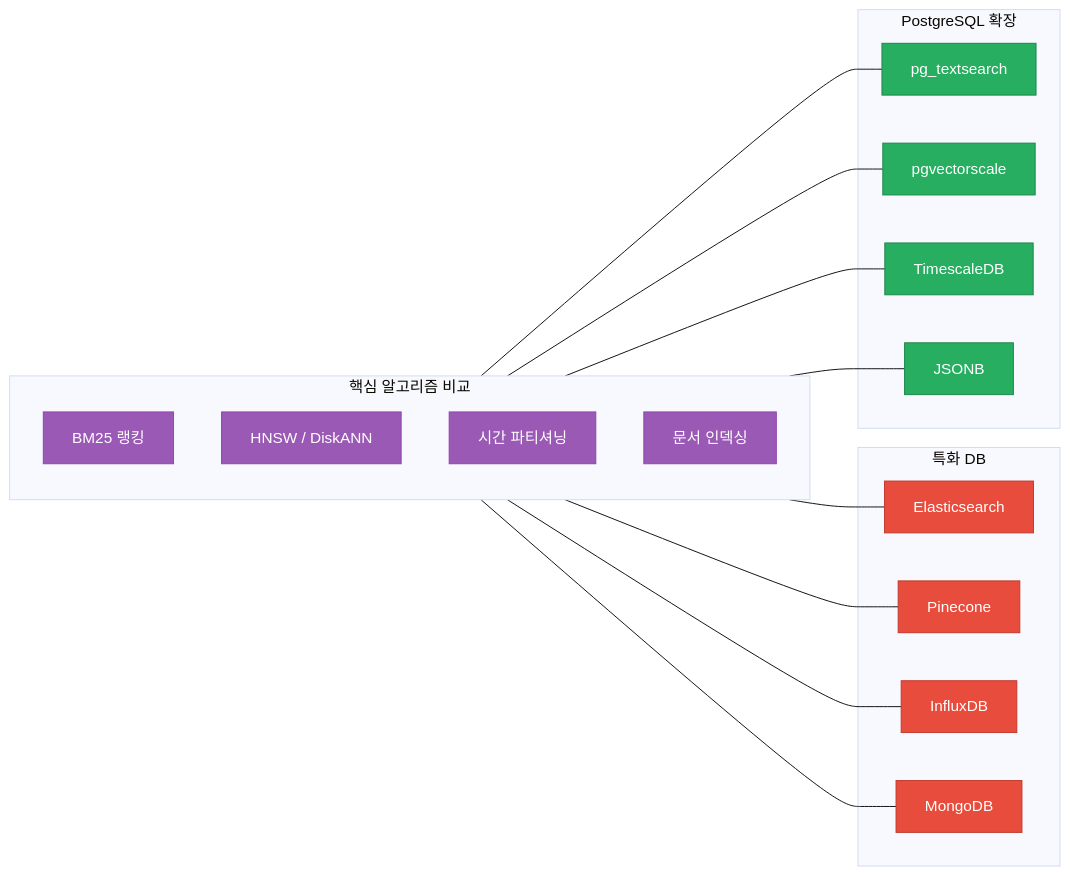
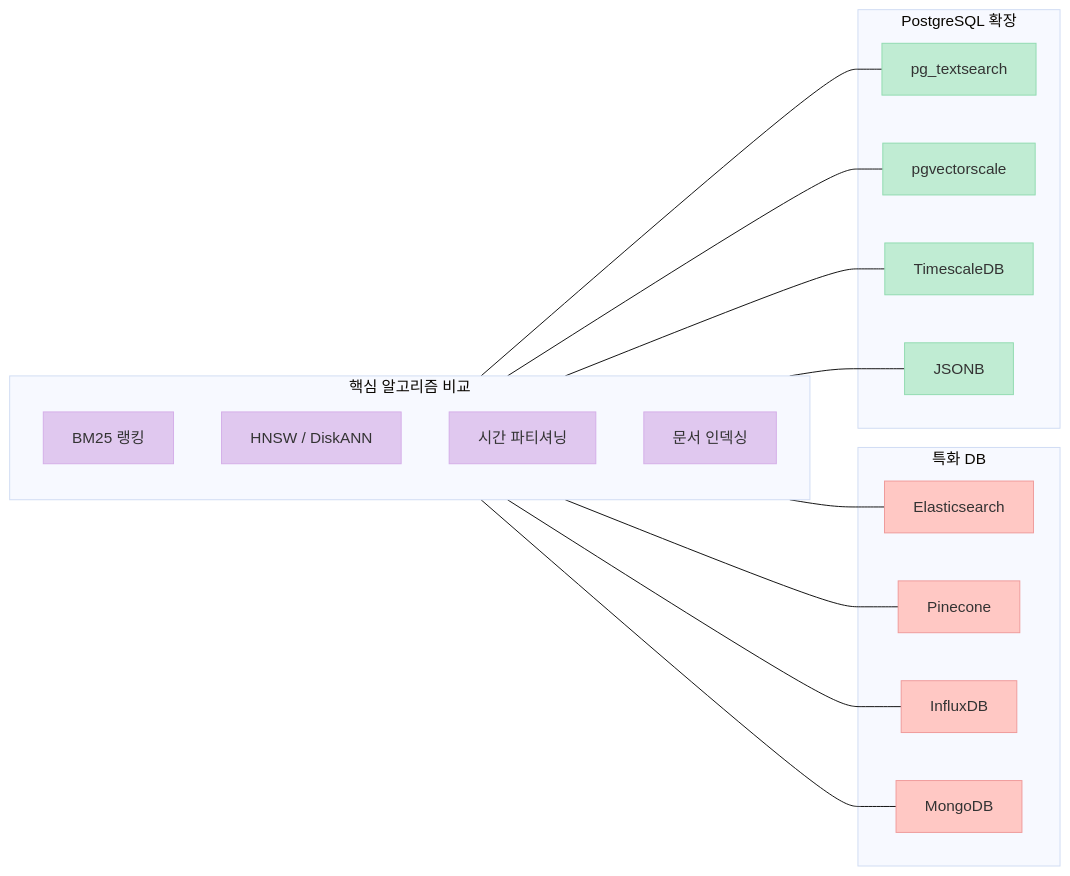
The fourth of 8 diagrams in content/post/2026/2026-03-08-just-use-postgres-2026.md (gyuha/blog), drawn with Mermaid (base theme) before and after one commit. The commit also changed other lines of this file and 1 other file, not shown here.

````diff
--- a/content/post/2026/2026-03-08-just-use-postgres-2026.md
+++ b/content/post/2026/2026-03-08-just-use-postgres-2026.md
@@ -185,40 +185,40 @@
 ```mermaid
 flowchart LR
     subgraph Algo["핵심 알고리즘 비교"]
         direction TB
         A["BM25 랭킹"]
         B["HNSW / DiskANN"]
         C["시간 파티셔닝"]
         D["문서 인덱싱"]
     end
 
     subgraph Special["특화 DB"]
         ES2["Elasticsearch"]
         PC2["Pinecone"]
         IF2["InfluxDB"]
         MG2["MongoDB"]
     end
 
     subgraph PGExt["PostgreSQL 확장"]
         PT["pg_textsearch"]
         PV["pgvectorscale"]
         TS["TimescaleDB"]
         JB["JSONB"]
     end
 
     A --- ES2
     A --- PT
     B --- PC2
     B --- PV
     C --- IF2
     C --- TS
     D --- MG2
     D --- JB
 
-    classDef algo fill:#9b59b6,color:#fff,stroke:#8e44ad
-    classDef special fill:#e74c3c,color:#fff,stroke:#c0392b
-    classDef pg fill:#27ae60,color:#fff,stroke:#1e8449
+    classDef algo fill:#e0c8ef,color:#333,stroke:#d4aee8
+    classDef special fill:#ffc8c4,color:#333,stroke:#ef9a9a
+    classDef pg fill:#c0ecd3,color:#333,stroke:#90dbb0
     class A,B,C,D algo
     class ES2,PC2,IF2,MG2 special
     class PT,PV,TS,JB pg
 ```
````
